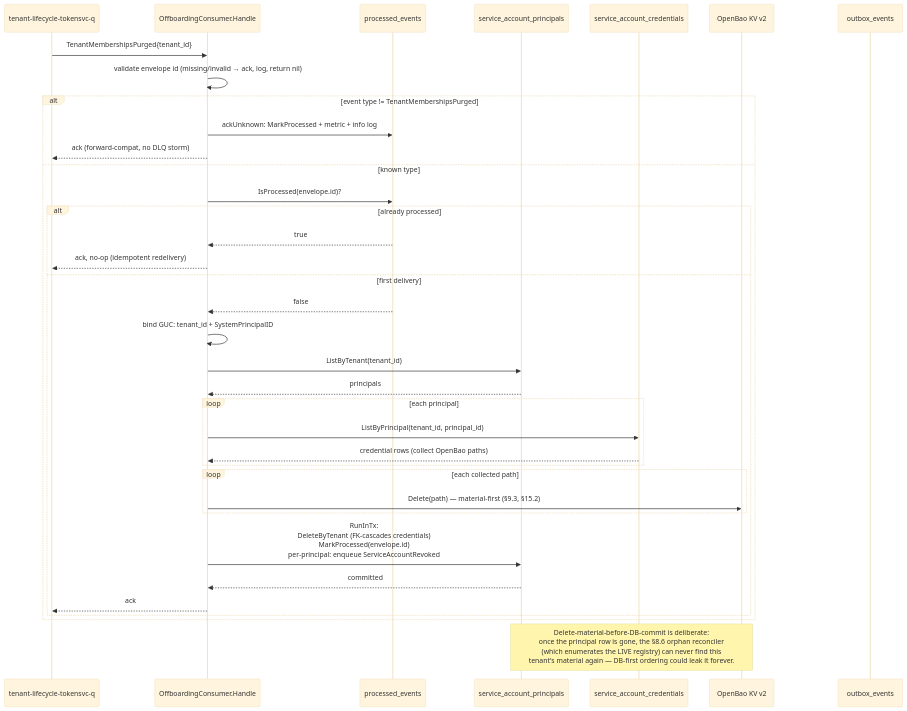
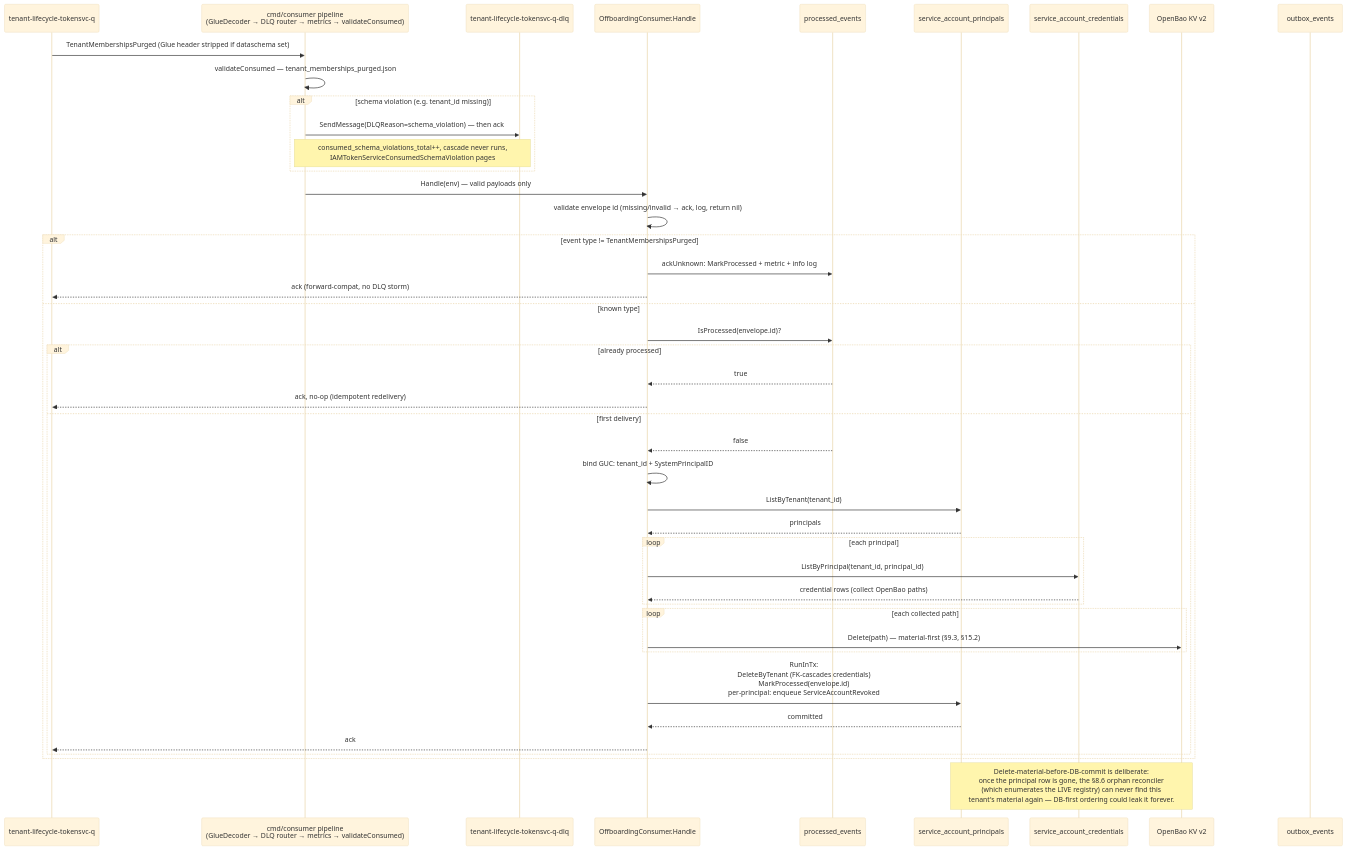
One commit to BCBP-SOLUTIONS-FZC-LLC/iam-token-service changed the diagram in docs/architecture/mermaid/offboarding-cascade-flow.mmd. Above: the diagram before and after it, drawn with Mermaid (base theme). The commit also changed 30 other files, not shown here.

```diff
--- a/docs/architecture/mermaid/offboarding-cascade-flow.mmd
+++ b/docs/architecture/mermaid/offboarding-cascade-flow.mmd
@@ -1,42 +1,52 @@
 %% TenantMembershipsPurged consumer (LLD §7.1, §8.4). One active inbound
 %% subscription. Idempotent via processed_events keyed on envelope id.
 %% Unknown event types and malformed envelope ids are acked, never
 %% retried (ackUnknown / dedup.go) — a producer schema addition must
-%% never DLQ-storm this queue.
+%% never DLQ-storm this queue. Before Handle, cmd/consumer's pipeline strips
+%% the Glue header (GlueDecoder) and validates the payload against the
+%% embedded consumed schema; a violation goes straight to the DLQ.
 sequenceDiagram
     participant SQS as tenant-lifecycle-tokensvc-q
+    participant PIPE as cmd/consumer pipeline<br/>(GlueDecoder → DLQ router → metrics → validateConsumed)
+    participant DLQ as tenant-lifecycle-tokensvc-q-dlq
     participant C as OffboardingConsumer.Handle
     participant PE as processed_events
     participant PRIN as service_account_principals
     participant CRED as service_account_credentials
     participant BAO as OpenBao KV v2
     participant PUB as outbox_events
 
-    SQS->>C: TenantMembershipsPurged{tenant_id}
+    SQS->>PIPE: TenantMembershipsPurged (Glue header stripped if dataschema set)
+    PIPE->>PIPE: validateConsumed — tenant_memberships_purged.json
+    alt schema violation (e.g. tenant_id missing)
+        PIPE->>DLQ: SendMessage(DLQReason=schema_violation) — then ack
+        Note over PIPE,DLQ: consumed_schema_violations_total++, cascade never runs,<br/>IAMTokenServiceConsumedSchemaViolation pages
+    end
+    PIPE->>C: Handle(env) — valid payloads only
     C->>C: validate envelope id (missing/invalid → ack, log, return nil)
     alt event type != TenantMembershipsPurged
         C->>PE: ackUnknown: MarkProcessed + metric + info log
         C-->>SQS: ack (forward-compat, no DLQ storm)
     else known type
         C->>PE: IsProcessed(envelope.id)?
         alt already processed
             PE-->>C: true
             C-->>SQS: ack, no-op (idempotent redelivery)
         else first delivery
             PE-->>C: false
             C->>C: bind GUC: tenant_id + SystemPrincipalID
             C->>PRIN: ListByTenant(tenant_id)
             PRIN-->>C: principals
             loop each principal
                 C->>CRED: ListByPrincipal(tenant_id, principal_id)
                 CRED-->>C: credential rows (collect OpenBao paths)
             end
             loop each collected path
                 C->>BAO: Delete(path) — material-first (§9.3, §15.2)
             end
             C->>PRIN: RunInTx:<br/>DeleteByTenant (FK-cascades credentials)<br/>MarkProcessed(envelope.id)<br/>per-principal: enqueue ServiceAccountRevoked
             PRIN-->>C: committed
             C-->>SQS: ack
         end
     end
     Note over BAO,PRIN: Delete-material-before-DB-commit is deliberate:<br/>once the principal row is gone, the §8.6 orphan reconciler<br/>(which enumerates the LIVE registry) can never find this<br/>tenant's material again — DB-first ordering could leak it forever.
```
